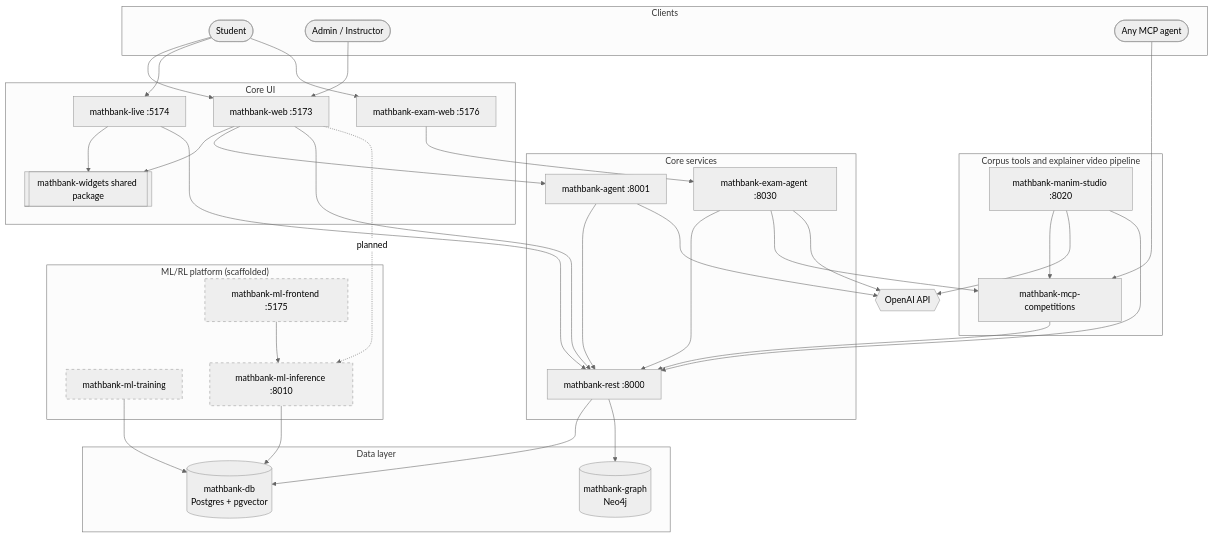
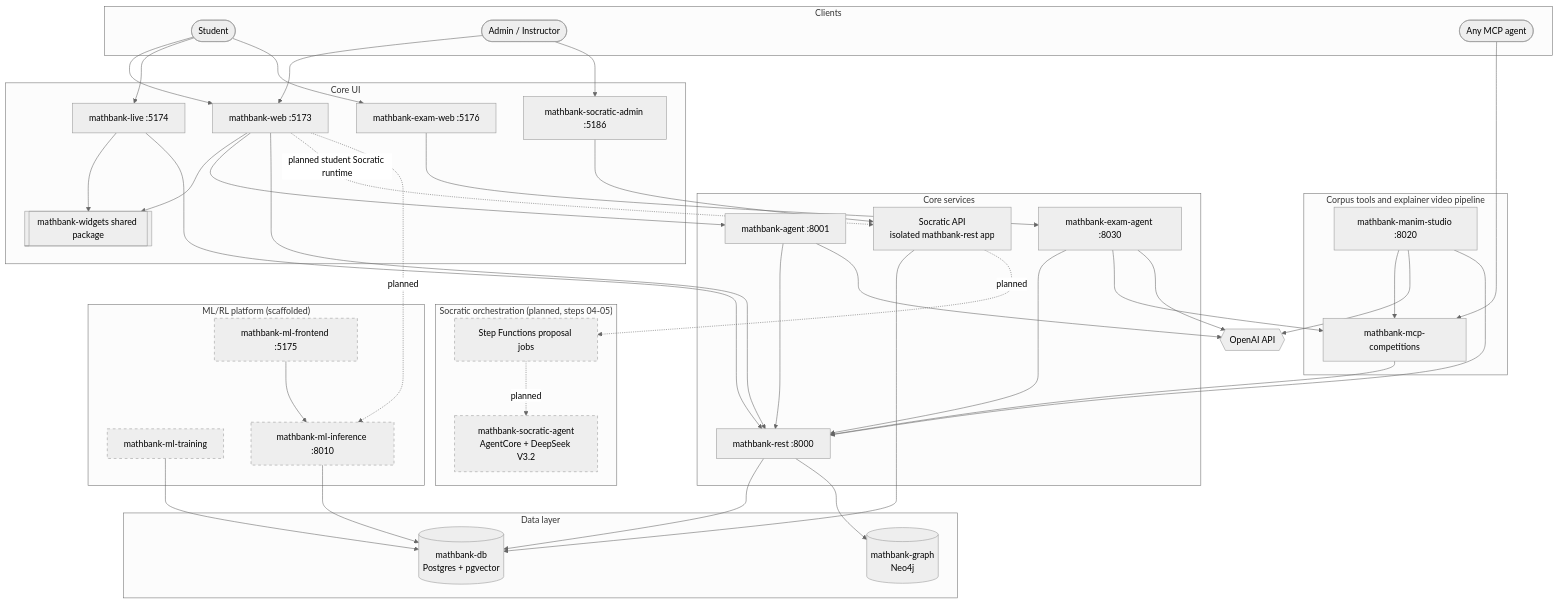
The first of 15 diagrams in README.md (sutanuchaudhuri/knowledge-bank-ingestion), drawn with Mermaid (neutral theme) before and after one commit. The commit also changed other lines of this file and 54 other files, not shown here.

````diff
--- a/README.md
+++ b/README.md
@@ -145,6 +158,7 @@
         Web[mathbank-web :5173]
         Live[mathbank-live :5174]
         ExamWeb[mathbank-exam-web :5176]
+        SocAdmin[mathbank-socratic-admin :5186]
         Widgets[[mathbank-widgets shared package]]
     end
 
@@ -152,6 +166,14 @@
         Agent[mathbank-agent :8001]
         ExamAgent[mathbank-exam-agent :8030]
         Rest[mathbank-rest :8000]
+        SocApi[Socratic API
+isolated mathbank-rest app]
+    end
+
+    subgraph SocraticAWS["Socratic orchestration (planned, steps 04-05)"]
+        SocAgent[mathbank-socratic-agent
+AgentCore + DeepSeek V3.2]
+        SFN[Step Functions proposal jobs]
     end
 
     subgraph CorpusTools["Corpus tools and explainer video pipeline"]
@@ -192,6 +214,13 @@
     Rest --> Db
     Rest --> Graph
 
+    Adm --> SocAdmin
+    SocAdmin --> SocApi
+    SocApi --> Db
+    SocApi -.planned.-> SFN
+    SFN -.planned.-> SocAgent
+    Web -.planned student Socratic runtime.-> SocApi
+
     MCPAgent --> Mcp
     Mcp --> Rest
     Manim --> Mcp
@@ -204,5 +233,5 @@
     Web -.planned.-> MlInfer
 
     classDef scaffolded stroke-dasharray: 5 5
-    class MlTrain,MlInfer,MlFront scaffolded
+    class MlTrain,MlInfer,MlFront,SocAgent,SFN scaffolded
 ```
````
